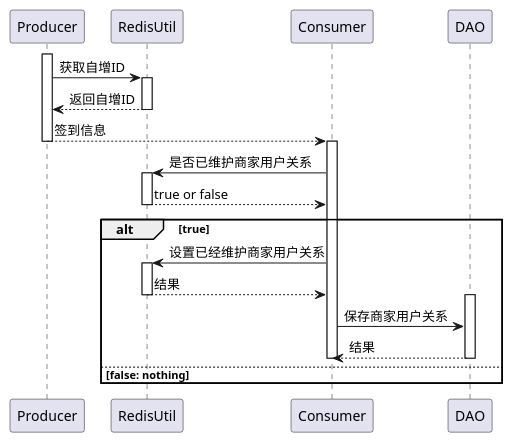
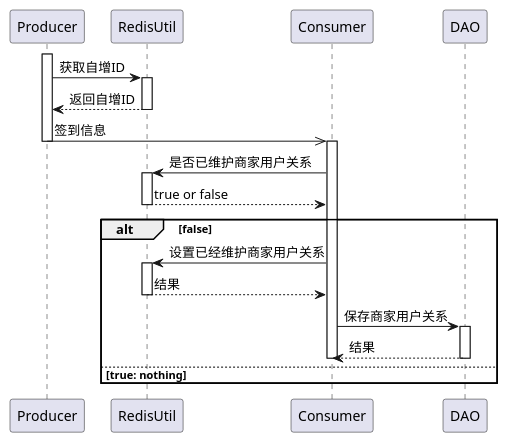
One commit to HanyuKing/uml changed the diagram in src/uml/T1-T2/sequence/interact-mq.puml. Above: the diagram before and after it, drawn with PlantUML. The commit also changed 4 other files, not shown here.

Commit message:
SHOP端重构类图属性

```diff
--- a/src/uml/T1-T2/sequence/interact-mq.puml
+++ b/src/uml/T1-T2/sequence/interact-mq.puml
@@ -1,31 +1,31 @@
 @startuml
 scale 1
 activate Producer
 Producer -> RedisUtil : 获取自增ID
 activate RedisUtil
 Producer <-- RedisUtil : 返回自增ID
 deactivate RedisUtil
-Producer --> Consumer : 签到信息
+Producer ->> Consumer : 签到信息
 deactivate Producer
 activate Consumer
 Consumer -> RedisUtil : 是否已维护商家用户关系
 activate RedisUtil
 Consumer <-- RedisUtil : true or false
 deactivate RedisUtil
 
-alt true
+alt false
     Consumer -> RedisUtil : 设置已经维护商家用户关系
     activate RedisUtil
     Consumer <-- RedisUtil : 结果
     deactivate RedisUtil
+    Consumer -> DAO : 保存商家用户关系
     activate DAO
-    Consumer -> DAO : 保存商家用户关系
     Consumer <-- DAO : 结果
     deactivate DAO
     deactivate Consumer
 
-else false: nothing
+else true: nothing
 
 end
 
 @enduml
```
